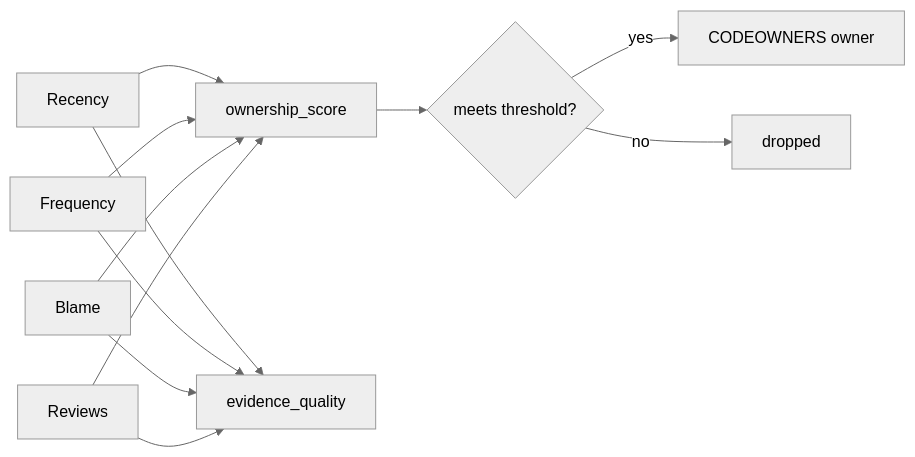
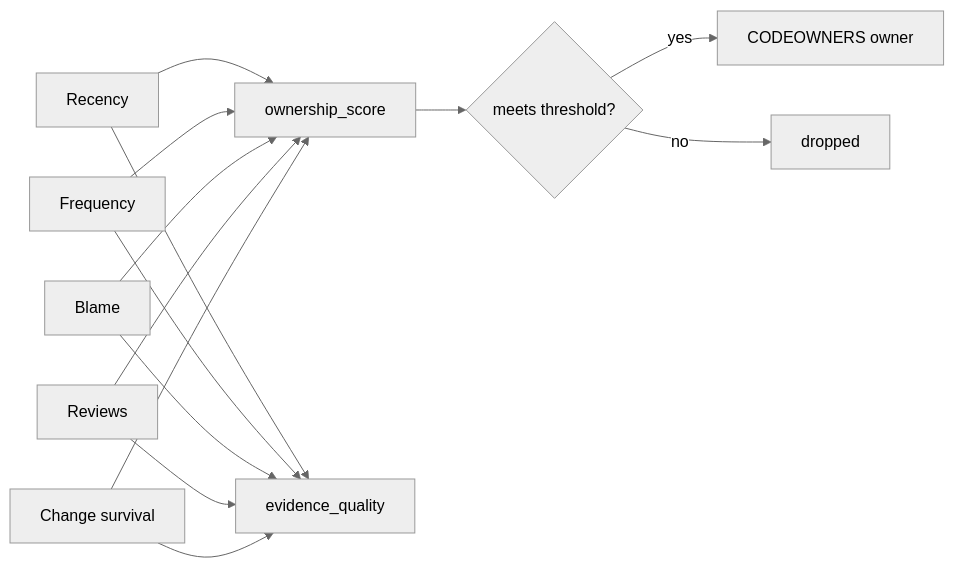
One commit to smusali/checkOwners changed the second of 2 diagrams in docs/USAGE.md. Above: the diagram before and after it, drawn with Mermaid (neutral theme). The commit also changed other lines of this file and 37 other files, not shown here.

````diff
--- a/docs/USAGE.md
+++ b/docs/USAGE.md
@@ -367,14 +373,16 @@
 ```mermaid
 flowchart LR
     R[Recency] --> S[ownership_score]
     F[Frequency] --> S
     B[Blame] --> S
     V[Reviews] --> S
+    C[Change survival] --> S
     R --> Q[evidence_quality]
     F --> Q
     B --> Q
     V --> Q
+    C --> Q
     S --> Filter{meets threshold?}
     Filter -->|yes| Generate[CODEOWNERS owner]
     Filter -->|no| Drop[dropped]
 ```
````
